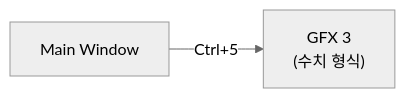
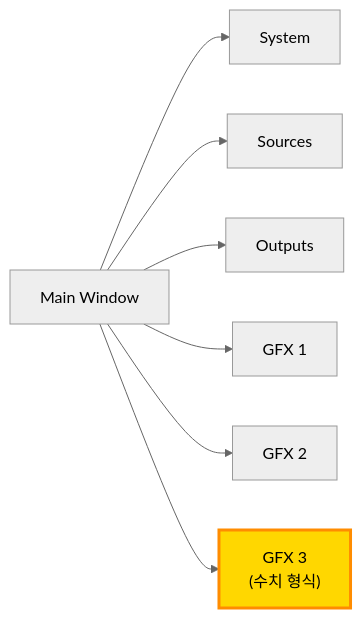
Before and after one commit to garimto81/ebs: the tenth of 14 diagrams in docs/01_PokerGFX_Analysis/PRD-0004-EBS-Server-UI-Design.md, drawn with Mermaid (neutral theme). The commit also changed other lines of this file, not shown here.

First line of the commit message:
docs(prd-0004): 탭 순서 재정의 및 Ctrl+ 단축키 제거 (v20.0.0)

````diff
--- a/docs/01_PokerGFX_Analysis/PRD-0004-EBS-Server-UI-Design.md
+++ b/docs/01_PokerGFX_Analysis/PRD-0004-EBS-Server-UI-Design.md
@@ -776,4 +908,17 @@
 ```mermaid
 flowchart LR
-    MW["Main Window"] -->|"Ctrl+5"| GFX3["GFX 3<br/>(수치 형식)"]
+    MW["Main Window"]
+    SYS["System"]
+    SRC["Sources"]
+    OUT["Outputs"]
+    GFX1["GFX 1"]
+    GFX2["GFX 2"]
+    GFX3["GFX 3<br/>(수치 형식)"]
+    style GFX3 fill:#FFD700,stroke:#FF8C00,stroke-width:3px
+    MW --> SYS
+    MW --> SRC
+    MW --> OUT
+    MW --> GFX1
+    MW --> GFX2
+    MW --> GFX3
 ```
````
